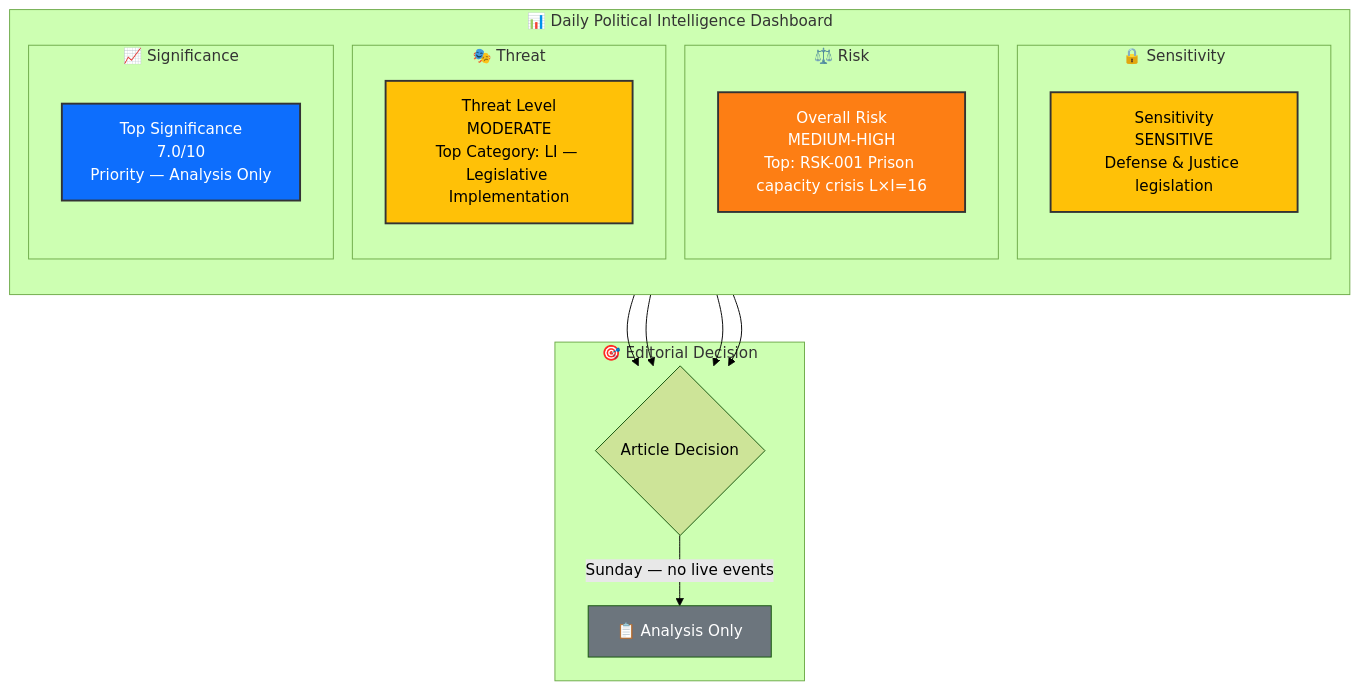
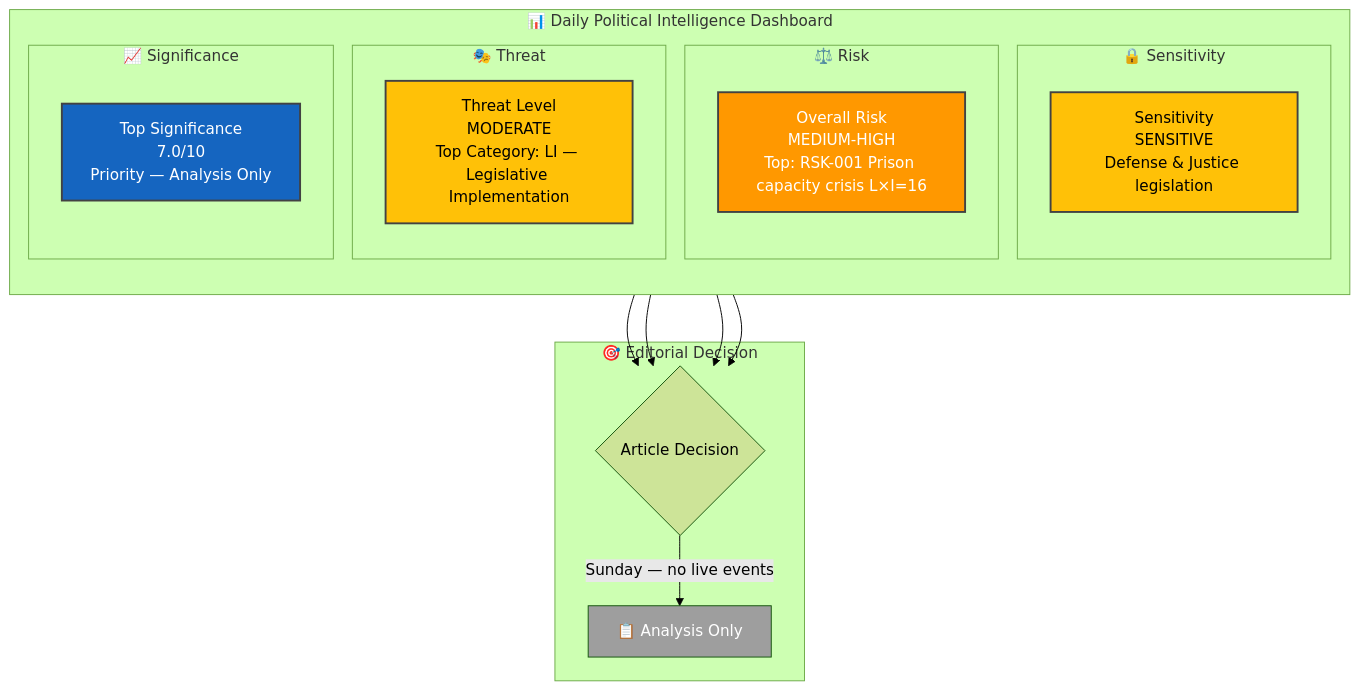
One commit to Hack23/riksdagsmonitor changed the first of 2 diagrams in analysis/daily/2026-04-05/realtime-1212/synthesis-summary.md. Above: the diagram before and after it, drawn with Mermaid (forest theme). The commit also changed other lines of this file and 785 other files, not shown here.

First line of the commit message:
Normalize mermaid colors across 786 analysis artifacts to ISMS Style Guide palette

````diff
--- a/analysis/daily/2026-04-05/realtime-1212/synthesis-summary.md
+++ b/analysis/daily/2026-04-05/realtime-1212/synthesis-summary.md
@@ -18,34 +18,34 @@
 ```mermaid
 graph TD
     subgraph "📊 Daily Political Intelligence Dashboard"
         direction TB
         subgraph "🔒 Sensitivity"
             CLS["Sensitivity<br/>SENSITIVE<br/>Defense & Justice legislation"]
         end
         subgraph "⚖️ Risk"
             RSK["Overall Risk<br/>MEDIUM-HIGH<br/>Top: RSK-001 Prison capacity crisis L×I=16"]
         end
         subgraph "🎭 Threat"
             THR["Threat Level<br/>MODERATE<br/>Top Category: LI — Legislative Implementation"]
         end
         subgraph "📈 Significance"
             SIG["Top Significance<br/>7.0/10<br/>Priority — Analysis Only"]
         end
     end
 
     subgraph "🎯 Editorial Decision"
         DEC{Article Decision}
         DEC -->|"Sunday — no live events"| MON["📋 Analysis Only"]
     end
 
     CLS --> DEC
     RSK --> DEC
     THR --> DEC
     SIG --> DEC
 
-    style CLS fill:#ffc107,stroke:#333,stroke-width:2px,color:#000
-    style RSK fill:#fd7e14,stroke:#333,stroke-width:2px,color:#fff
-    style THR fill:#ffc107,stroke:#333,stroke-width:2px,color:#000
-    style SIG fill:#0d6efd,stroke:#333,stroke-width:2px,color:#fff
-    style MON fill:#6c757d,color:#fff
+    style CLS fill:#FFC107,stroke:#424242,stroke-width:2px,color:#000000
+    style RSK fill:#FF9800,stroke:#424242,stroke-width:2px,color:#FFFFFF
+    style THR fill:#FFC107,stroke:#424242,stroke-width:2px,color:#000000
+    style SIG fill:#1565C0,stroke:#424242,stroke-width:2px,color:#FFFFFF
+    style MON fill:#9E9E9E,color:#FFFFFF
 ```
````
